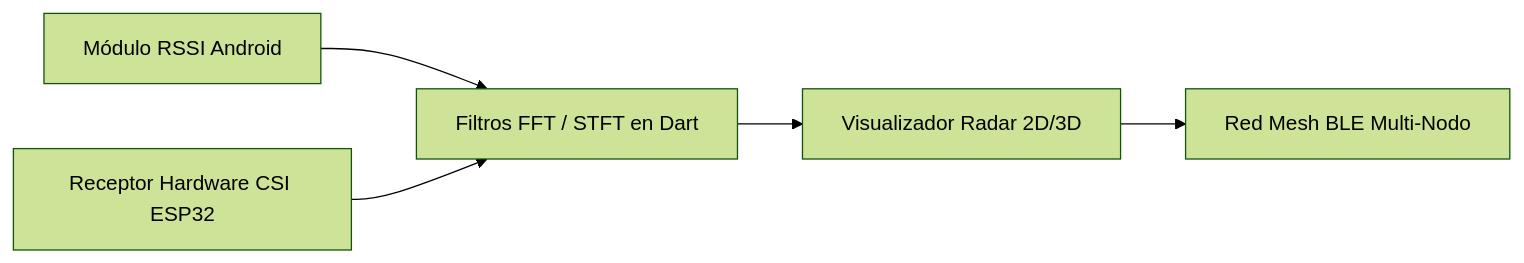
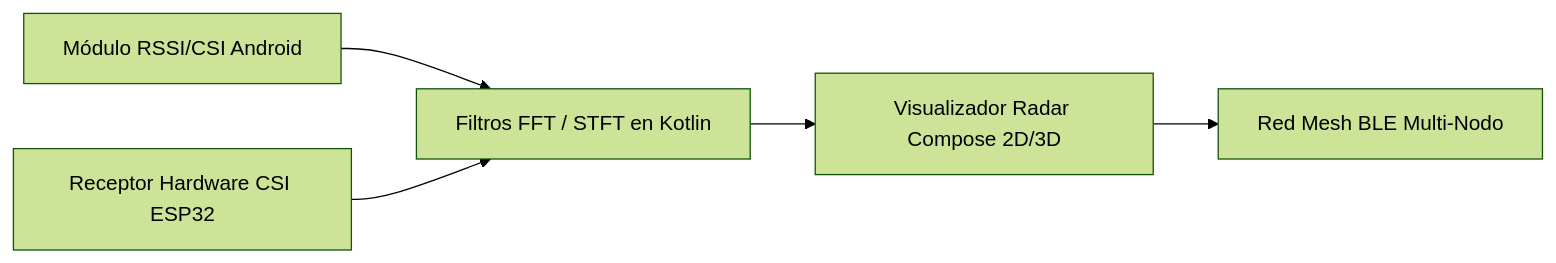
Before and after one commit to carlosmundaray/vitalfi: the diagram in README.md, drawn with Mermaid (forest theme). The commit also changed other lines of this file and 4 other files, not shown here.

Commit message:
docs: corregir stack tecnologico a Android Nativo Kotlin y unificar URLs del repositorio

````diff
--- a/README.md
+++ b/README.md
@@ -62,7 +62,7 @@
 ```mermaid
 graph LR
-    A[Módulo RSSI Android] --> B[Filtros FFT / STFT en Dart]
-    B --> C[Visualizador Radar 2D/3D]
+    A[Módulo RSSI/CSI Android] --> B[Filtros FFT / STFT en Kotlin]
+    B --> C[Visualizador Radar Compose 2D/3D]
     D[Receptor Hardware CSI ESP32] --> B
     C --> E[Red Mesh BLE Multi-Nodo]
 ```
````
